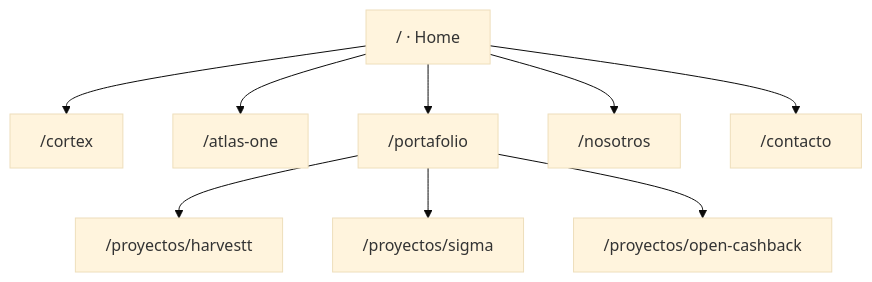
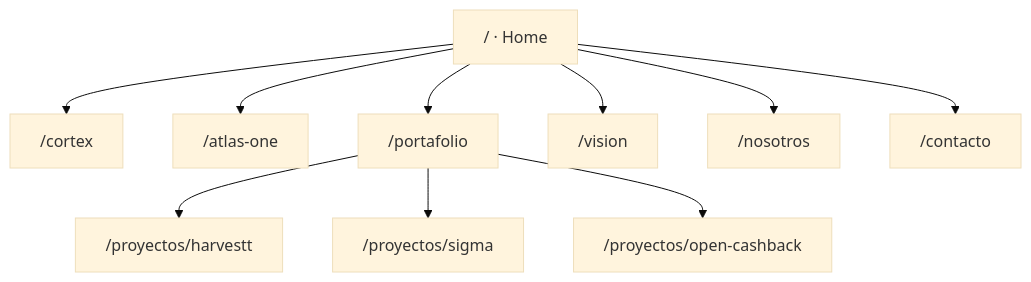
One commit to Ecamposg95/atlas_tech_website changed the diagram in contex/INFORME-estado-2026-11.md. Above: the diagram before and after it, drawn with Mermaid (base theme). The commit also changed other lines of this file and 3 other files, not shown here.

````diff
--- a/contex/INFORME-estado-2026-11.md
+++ b/contex/INFORME-estado-2026-11.md
@@ -32,12 +39,13 @@
 ```mermaid
 graph TD
   Home["/ · Home"]
   Home --> Cortex["/cortex"]
   Home --> One["/atlas-one"]
   Home --> Port["/portafolio"]
+  Home --> Vis["/vision"]
   Home --> Nos["/nosotros"]
   Home --> Con["/contacto"]
   Port --> H["/proyectos/harvestt"]
   Port --> S["/proyectos/sigma"]
   Port --> O["/proyectos/open-cashback"]
 ```
````
